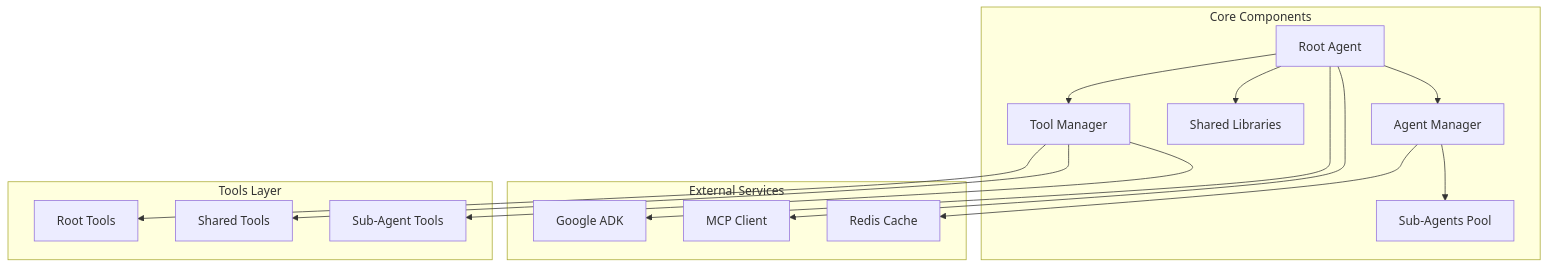
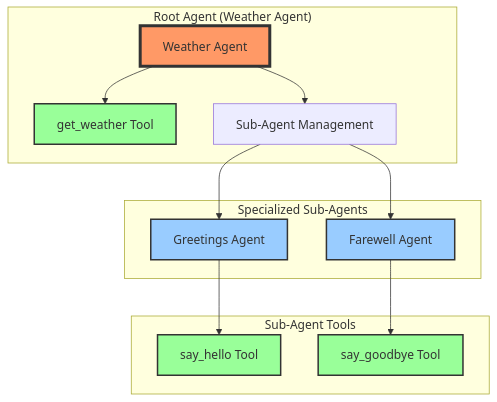
The diagram in README.md (rbansal16/__template_google_adk), drawn with Mermaid before and after one commit. The commit also changed other lines of this file, not shown here.

Commit message:
Update README with accurate agent architecture diagram

````diff
--- a/README.md
+++ b/README.md
@@ -23,28 +23,29 @@
 ```mermaid
 graph TD
-    subgraph Core Components
-        A[Root Agent] --> B[Agent Manager]
-        B --> C[Sub-Agents Pool]
-        A --> D[Shared Libraries]
-        A --> E[Tool Manager]
+    subgraph "Root Agent (Weather Agent)"
+        A[Weather Agent] --> B[get_weather Tool]
+        A --> C[Sub-Agent Management]
     end
     
-    subgraph External Services
-        F[Google ADK]
-        G[MCP Client]
-        H[Redis Cache]
+    subgraph "Specialized Sub-Agents"
+        D[Greetings Agent]
+        E[Farewell Agent]
     end
     
-    subgraph Tools Layer
-        I[Root Tools]
-        J[Shared Tools]
-        K[Sub-Agent Tools]
+    subgraph "Sub-Agent Tools"
+        F[say_hello Tool]
+        G[say_goodbye Tool]
     end
     
-    A --> F
-    A --> G
-    B --> H
-    E --> I
-    E --> J
-    E --> K
+    C --> D
+    C --> E
+    D --> F
+    E --> G
+    
+    style A fill:#f96,stroke:#333,stroke-width:4px
+    style D fill:#9cf,stroke:#333,stroke-width:2px
+    style E fill:#9cf,stroke:#333,stroke-width:2px
+    style B fill:#9f9,stroke:#333,stroke-width:2px
+    style F fill:#9f9,stroke:#333,stroke-width:2px
+    style G fill:#9f9,stroke:#333,stroke-width:2px
 ```
````
